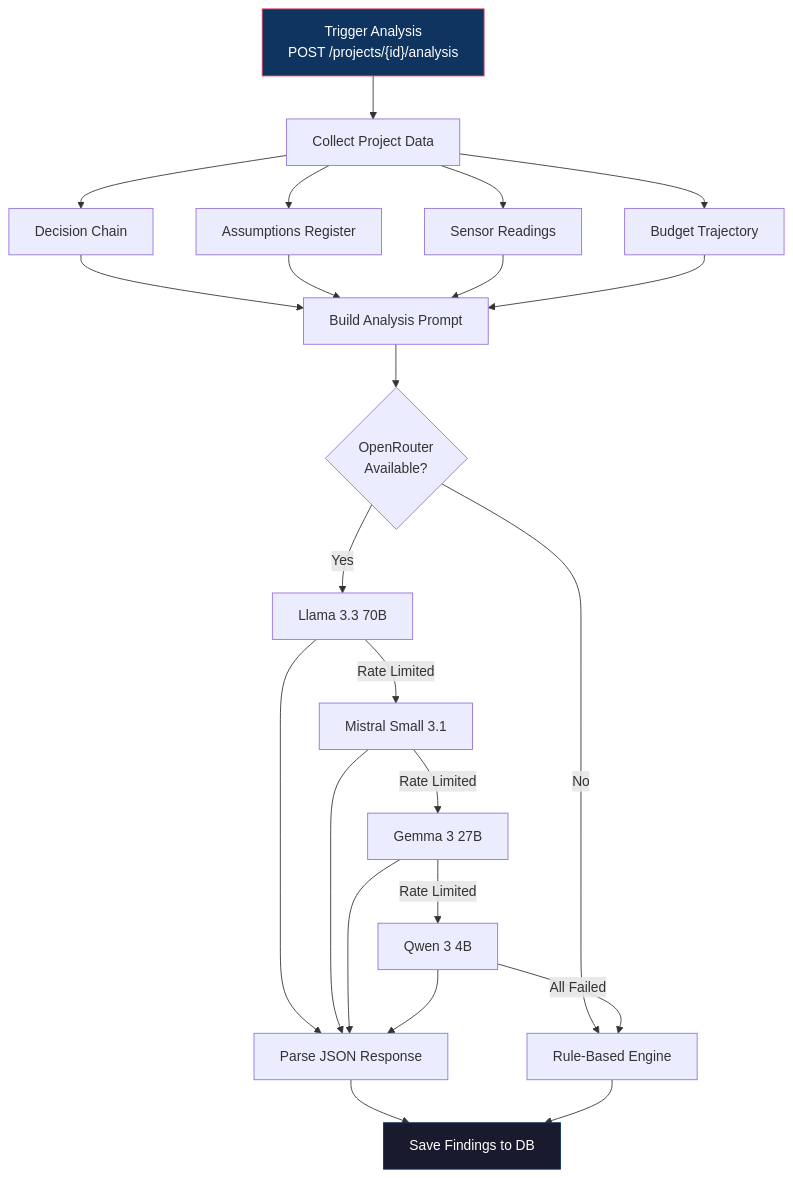
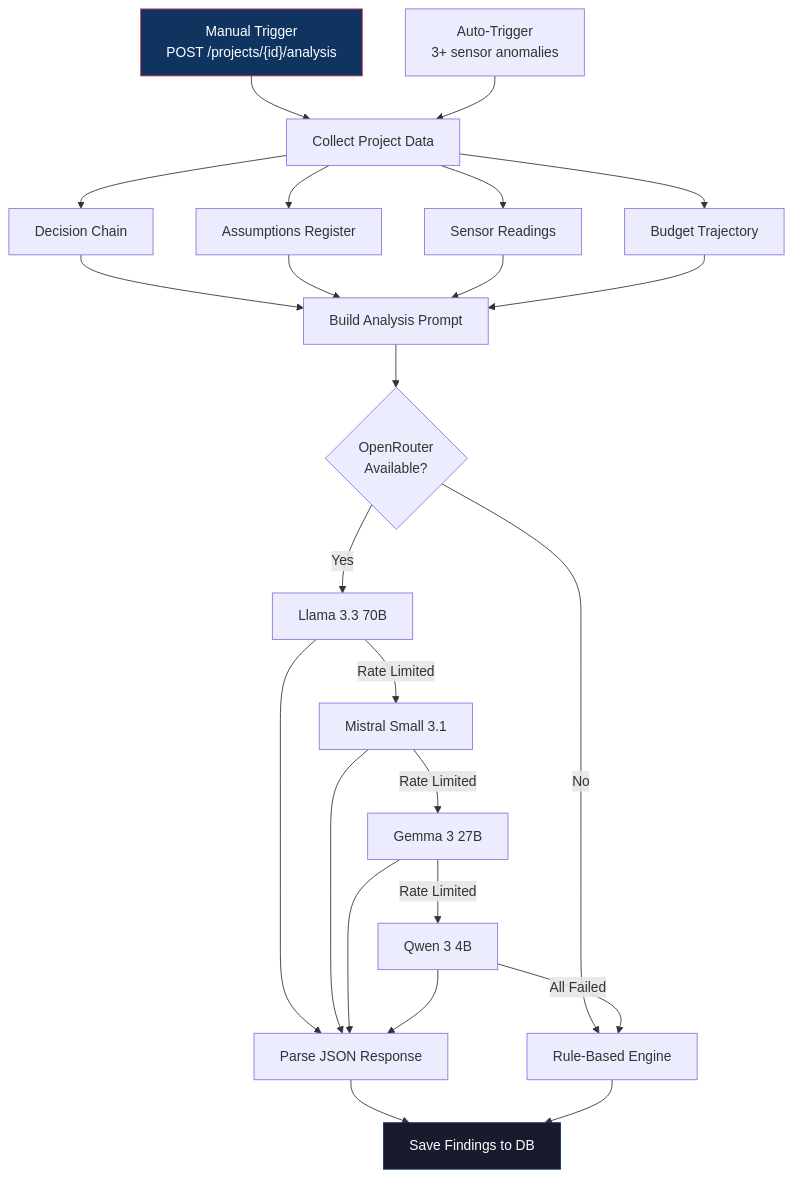
The fourth of 19 diagrams in README.md (infratracer/infratrace), drawn with Mermaid before and after one commit. The commit also changed other lines of this file, not shown here.

First line of the commit message:
docs: README now 100% matches codebase — org isolation, auto AI, dynamic types

````diff
--- a/README.md
+++ b/README.md
@@ -264,31 +273,32 @@
 ```mermaid
 graph TD
-    TRIGGER["Trigger Analysis<br/>POST /projects/{id}/analysis"] --> COLLECT["Collect Project Data"]
+    TRIGGER["Manual Trigger<br/>POST /projects/{id}/analysis"] --> COLLECT["Collect Project Data"]
+    AUTO["Auto-Trigger<br/>3+ sensor anomalies"] --> COLLECT
     COLLECT --> DECISIONS["Decision Chain"]
     COLLECT --> ASSUMPTIONS["Assumptions Register"]
     COLLECT --> SENSORS["Sensor Readings"]
     COLLECT --> BUDGET["Budget Trajectory"]
 
     DECISIONS --> PROMPT["Build Analysis Prompt"]
     ASSUMPTIONS --> PROMPT
     SENSORS --> PROMPT
     BUDGET --> PROMPT
 
     PROMPT --> OR_CHECK{OpenRouter<br/>Available?}
     OR_CHECK -->|Yes| MODEL_1["Llama 3.3 70B"]
     OR_CHECK -->|No| FALLBACK["Rule-Based Engine"]
     MODEL_1 -->|Rate Limited| MODEL_2["Mistral Small 3.1"]
     MODEL_2 -->|Rate Limited| MODEL_3["Gemma 3 27B"]
     MODEL_3 -->|Rate Limited| MODEL_4["Qwen 3 4B"]
     MODEL_4 -->|All Failed| FALLBACK
 
     MODEL_1 --> PARSE["Parse JSON Response"]
     MODEL_2 --> PARSE
     MODEL_3 --> PARSE
     MODEL_4 --> PARSE
     PARSE --> SAVE["Save Findings to DB"]
     FALLBACK --> SAVE
 
     style TRIGGER fill:#0f3460,stroke:#e94560,color:#fff
     style SAVE fill:#1a1a2e,stroke:#0f3460,color:#fff
 ```
````
